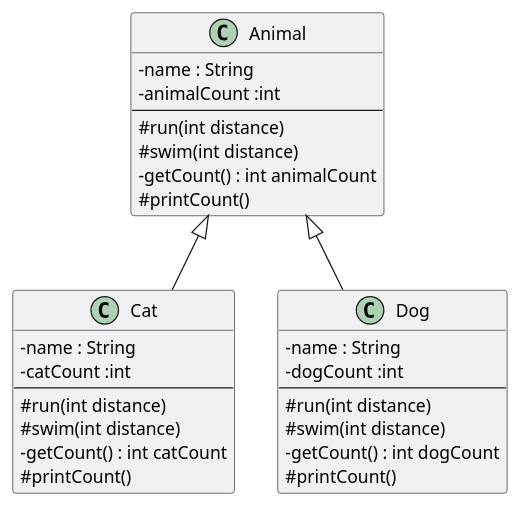
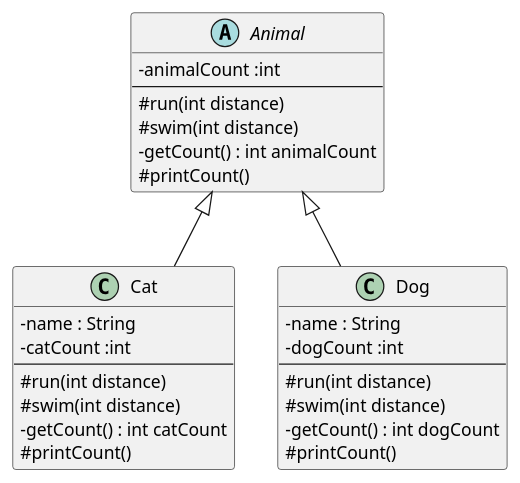
The diagram in classDiagram.plantuml (koval-guk/HomeWork4), drawn with PlantUML before and after one commit. The commit also changed 4 other files, not shown here.

```diff
--- a/classDiagram.plantuml
+++ b/classDiagram.plantuml
@@ -1,32 +1,31 @@
 @startuml
 skinparam classAttributeIconSize 0
-class Animal {
-- name : String
+abstract class Animal {
 -animalCount :int
 --
 #run(int distance)
 #swim(int distance)
 -getCount() : int animalCount
 #printCount()
 }
 class Cat{
 - name : String
 -catCount :int
 --
 #run(int distance)
 #swim(int distance)
 -getCount() : int catCount
 #printCount()
 }
 class Dog{
 - name : String
 -dogCount :int
 --
 #run(int distance)
 #swim(int distance)
 -getCount() : int dogCount
 #printCount()
 }
 Animal <|-- Cat
 Animal <|-- Dog
 @enduml
```
